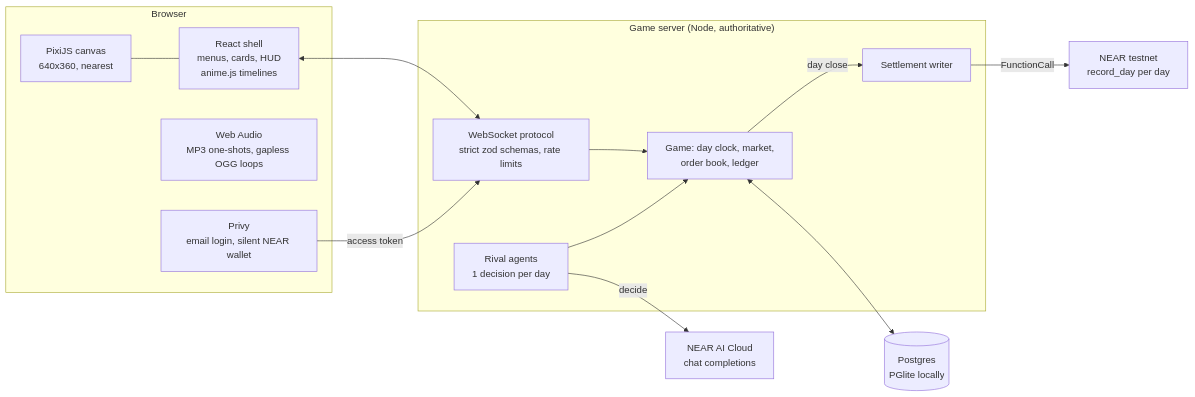
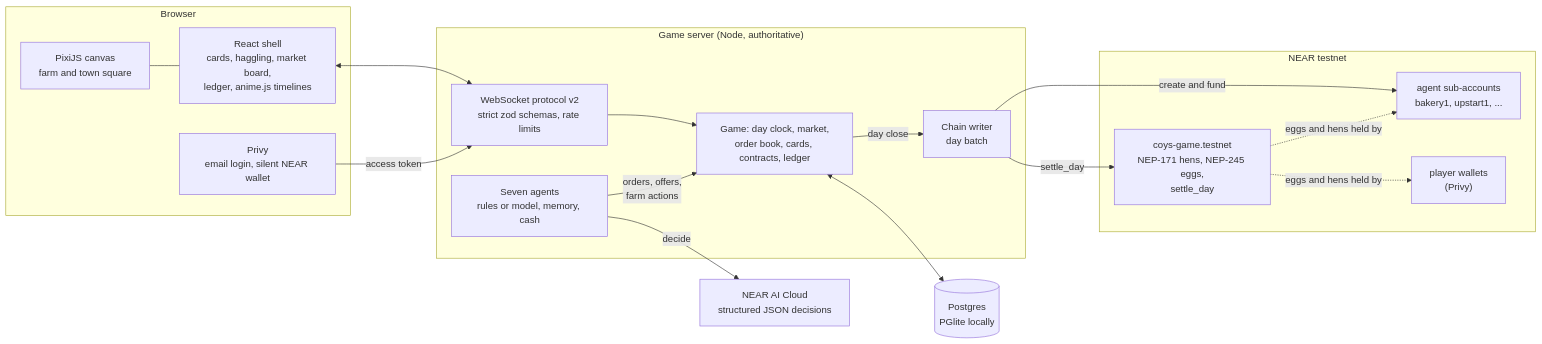
Before and after one commit to iam25th1/chickens-of-yolk-street: the diagram in README.md, drawn with Mermaid. The commit also changed other lines of this file and 4 other files, not shown here.

First line of the commit message:
README: cast, cards, chain, testnet receipts and new screenshots

````diff
--- a/README.md
+++ b/README.md
@@ -63,27 +74,33 @@
 ```mermaid
 flowchart LR
   subgraph Browser
-    UI["React shell<br/>menus, cards, HUD<br/>anime.js timelines"]
-    PX["PixiJS canvas<br/>640x360, nearest"]
-    AU["Web Audio<br/>MP3 one-shots, gapless OGG loops"]
+    UI["React shell<br/>cards, haggling, market board,<br/>ledger, anime.js timelines"]
+    PX["PixiJS canvas<br/>farm and town square"]
     PV["Privy<br/>email login, silent NEAR wallet"]
   end
   subgraph Server["Game server (Node, authoritative)"]
-    WS["WebSocket protocol<br/>strict zod schemas, rate limits"]
-    GM["Game: day clock, market,<br/>order book, ledger"]
-    AG["Rival agents<br/>1 decision per day"]
-    ST["Settlement writer"]
+    WS["WebSocket protocol v2<br/>strict zod schemas, rate limits"]
+    GM["Game: day clock, market,<br/>order book, cards, contracts, ledger"]
+    AG["Seven agents<br/>rules or model, memory, cash"]
+    CW["Chain writer<br/>day batch"]
   end
   DB[("Postgres<br/>PGlite locally")]
-  NT["NEAR testnet<br/>record_day per day"]
-  AI["NEAR AI Cloud<br/>chat completions"]
+  AI["NEAR AI Cloud<br/>structured JSON decisions"]
+  subgraph Testnet["NEAR testnet"]
+    GC["coys-game.testnet<br/>NEP-171 hens, NEP-245 eggs,<br/>settle_day"]
+    SA["agent sub-accounts<br/>bakery1, upstart1, ..."]
+    PW["player wallets<br/>(Privy)"]
+  end
   UI <--> WS
   PX --- UI
   PV -- "access token" --> WS
   WS --> GM
   GM <--> DB
-  AG --> GM
+  AG -- "orders, offers,<br/>farm actions" --> GM
   AG -- "decide" --> AI
-  GM -- "day close" --> ST
-  ST -- "FunctionCall" --> NT
+  GM -- "day close" --> CW
+  CW -- "settle_day" --> GC
+  CW -- "create and fund" --> SA
+  GC -. "eggs and hens held by" .-> SA
+  GC -. "eggs and hens held by" .-> PW
 ```
````
